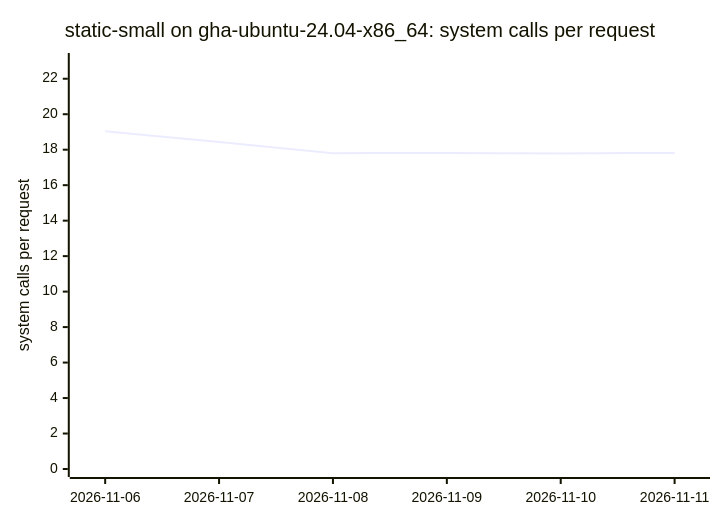
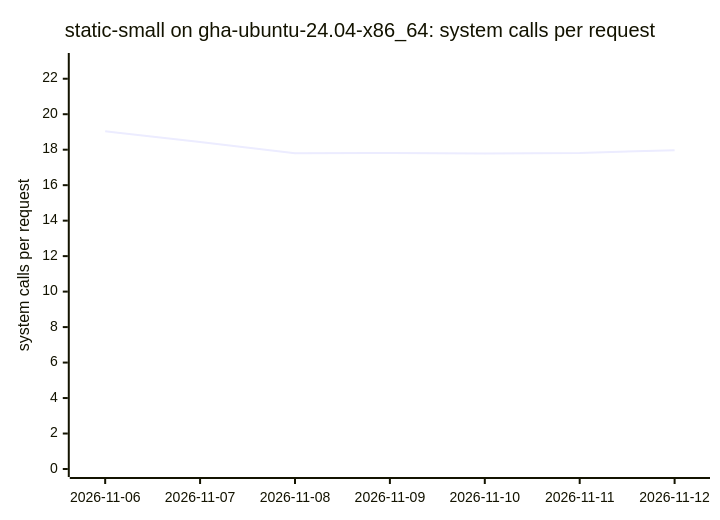
The tenth of 18 diagrams in BENCHMARKS.md (ThePixelPilgrim/durchlauferhitzer), drawn with Mermaid before and after one commit. The commit also changed other lines of this file and 1 other file, not shown here.

````diff
--- a/BENCHMARKS.md
+++ b/BENCHMARKS.md
@@ -118,7 +118,7 @@
 ```mermaid
 xychart-beta
   title "static-small on gha-ubuntu-24.04-x86_64: system calls per request"
-  x-axis ["2026-11-06", "2026-11-07", "2026-11-08", "2026-11-09", "2026-11-10", "2026-11-11"]
+  x-axis ["2026-11-06", "2026-11-07", "2026-11-08", "2026-11-09", "2026-11-10", "2026-11-11", "2026-11-12"]
   y-axis "system calls per request" 0 --> 23
-  line [19.04, 18.44, 17.80, 17.82, 17.79, 17.82]
+  line [19.04, 18.44, 17.80, 17.82, 17.79, 17.82, 17.97]
 ```
````
